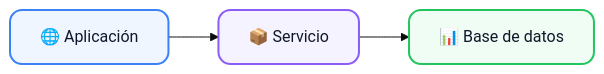
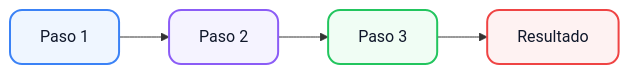
Before and after one commit to sergarb1/PresentacionesEducativas: the diagram in slides-template.md, drawn with Mermaid. The commit also changed other lines of this file and 3 other files, not shown here.

````diff
--- a/slides-template.md
+++ b/slides-template.md
@@ -79,10 +93,11 @@
 ```mermaid
-%%{init: {'theme': 'base', 'themeVariables': { 'fontSize': '16px', 'fontFamily': 'Inter' }}}%%
 flowchart LR
-    A["🌐 Aplicación"] --> B["📦 Servicio"]
-    B --> C["📊 Base de datos"]
+    A["Paso 1"] --> B["Paso 2"]
+    B --> C["Paso 3"]
+    C --> D["Resultado"]
 
     style A fill:#EFF6FF,stroke:#3B82F6,color:#0F172A,stroke-width:2px,rx:12,ry:12
     style B fill:#F5F3FF,stroke:#8B5CF6,color:#0F172A,stroke-width:2px,rx:12,ry:12
     style C fill:#F0FDF4,stroke:#22C55E,color:#0F172A,stroke-width:2px,rx:12,ry:12
+    style D fill:#FEF2F2,stroke:#EF4444,color:#0F172A,stroke-width:2px,rx:12,ry:12
 ```
````
